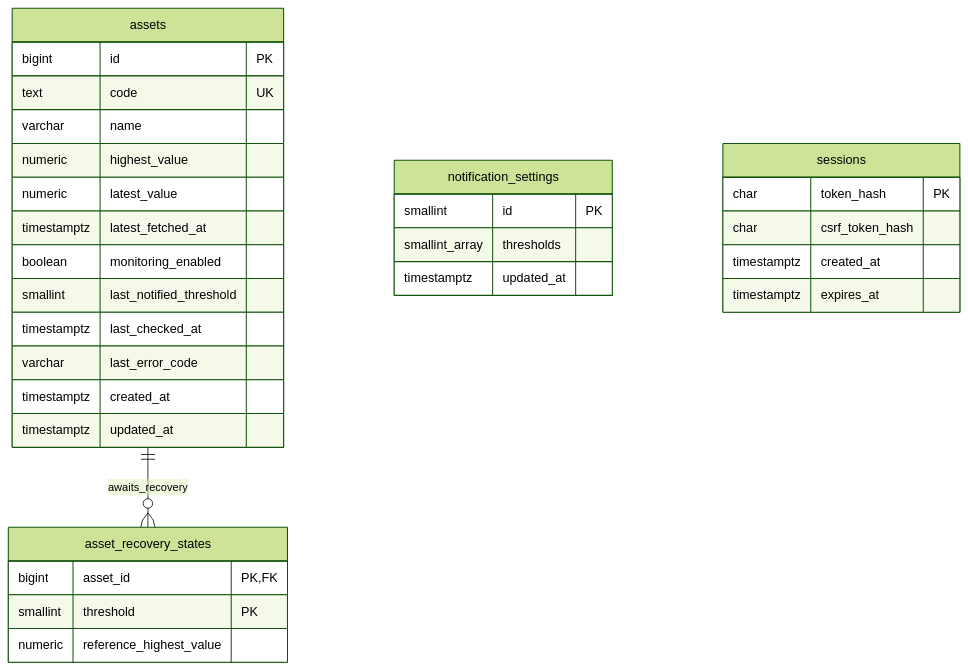
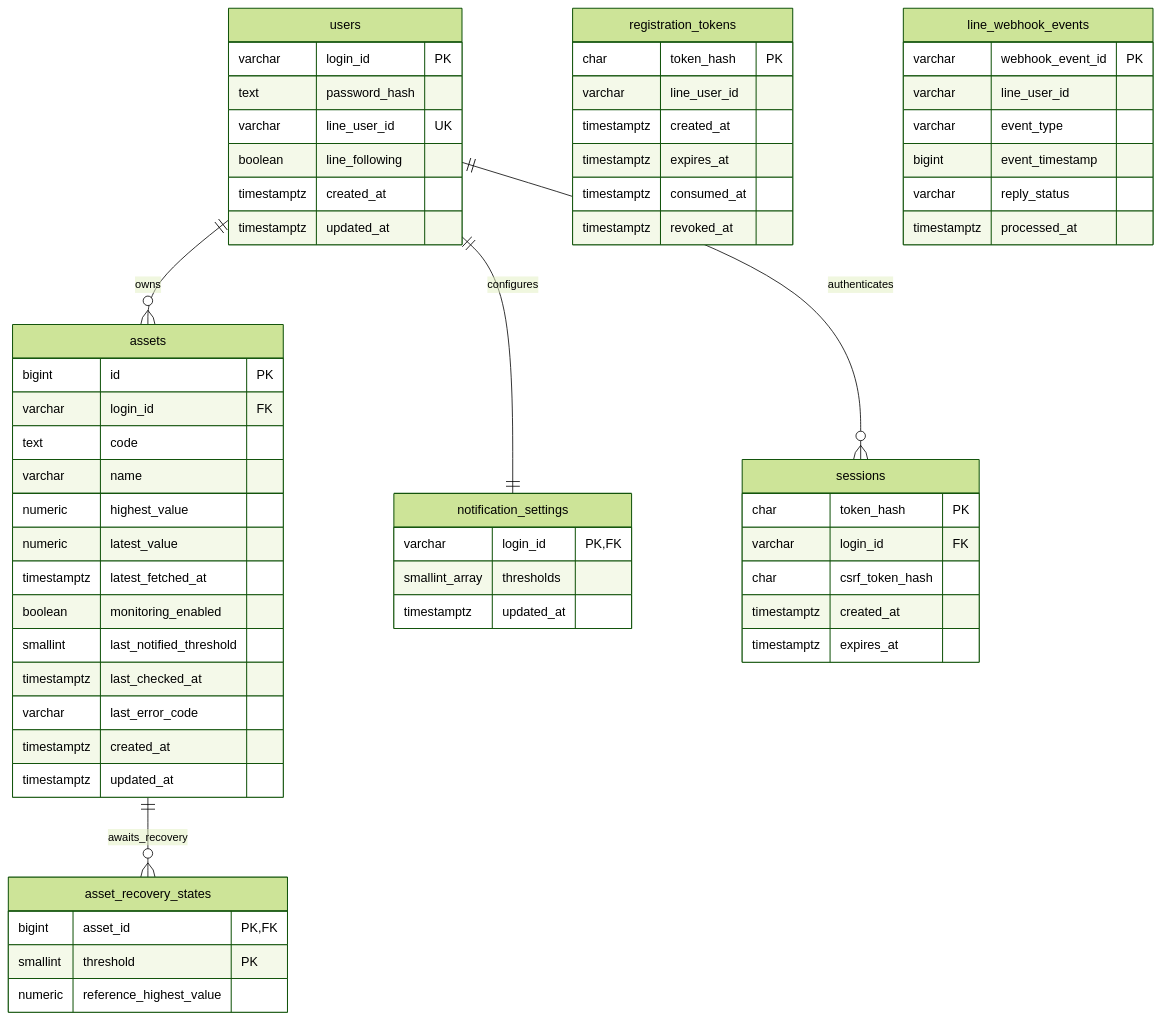
One commit to hisho-123/stock_notification_docs changed the diagram in design/database.md. Above: the diagram before and after it, drawn with Mermaid (forest theme). The commit also changed other lines of this file and 28 other files, not shown here.

````diff
--- a/design/database.md
+++ b/design/database.md
@@ -5,34 +5,63 @@
 ```mermaid
 erDiagram
+    users ||--o{ assets : owns
     assets ||--o{ asset_recovery_states : awaits_recovery
+    users ||--|| notification_settings : configures
+    users ||--o{ sessions : authenticates
+    users {
+        varchar login_id PK
+        text password_hash
+        varchar line_user_id UK
+        boolean line_following
+        timestamptz created_at
+        timestamptz updated_at
+    }
     assets {
         bigint id PK
-        text code UK
+        varchar login_id FK
+        text code
         varchar name
         numeric highest_value
         numeric latest_value
         timestamptz latest_fetched_at
         boolean monitoring_enabled
         smallint last_notified_threshold
         timestamptz last_checked_at
         varchar last_error_code
         timestamptz created_at
         timestamptz updated_at
     }
     asset_recovery_states {
         bigint asset_id PK, FK
         smallint threshold PK
         numeric reference_highest_value
     }
     notification_settings {
-        smallint id PK
+        varchar login_id PK, FK
         smallint_array thresholds
         timestamptz updated_at
     }
     sessions {
         char token_hash PK
+        varchar login_id FK
         char csrf_token_hash
         timestamptz created_at
         timestamptz expires_at
     }
+    registration_tokens {
+        char token_hash PK
+        varchar line_user_id
+        timestamptz created_at
+        timestamptz expires_at
+        timestamptz consumed_at
+        timestamptz revoked_at
+    }
+    line_webhook_events {
+        varchar webhook_event_id PK
+        varchar line_user_id
+        varchar event_type
+        bigint event_timestamp
+        varchar reply_status
+        timestamptz processed_at
+    }
 ```
````
